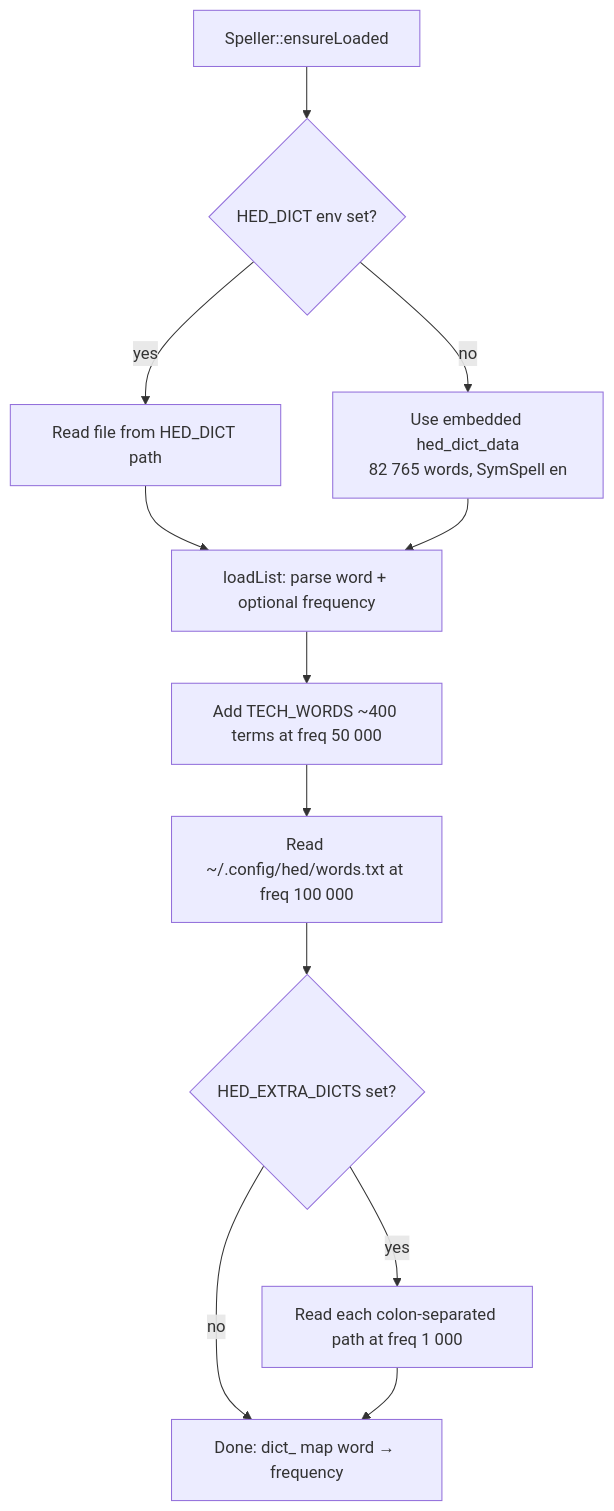
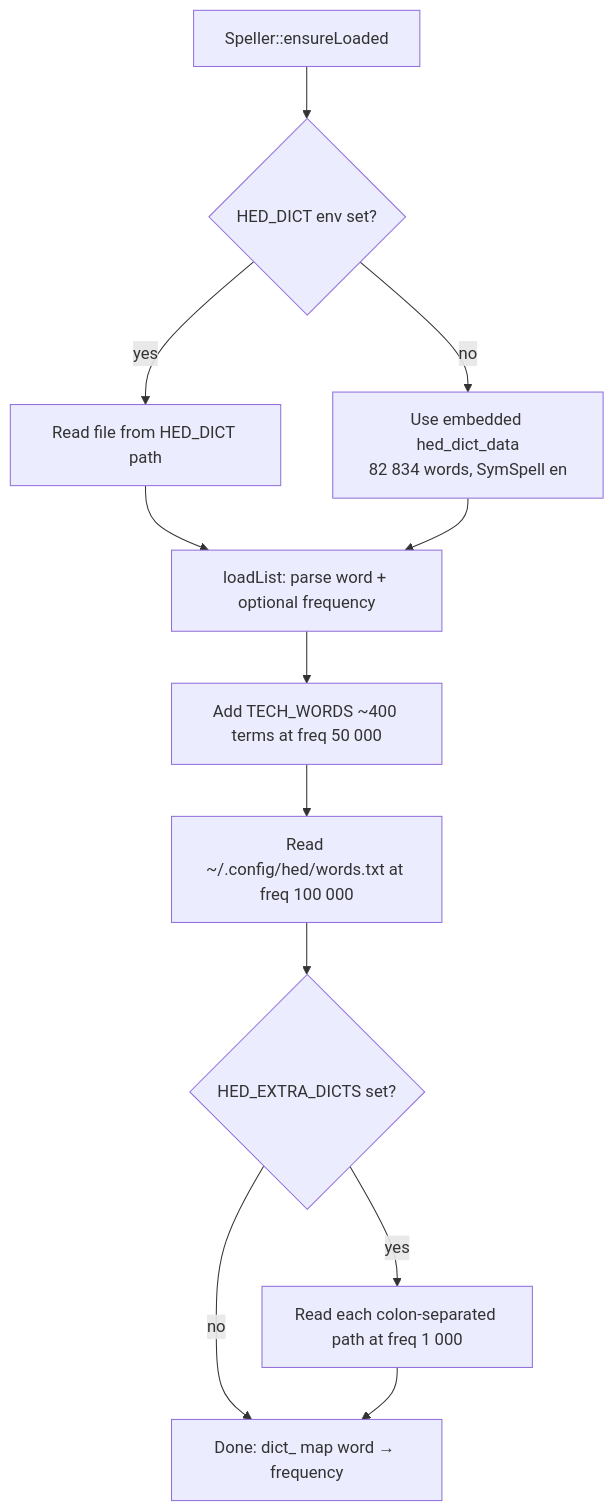
One commit to rahlquist/hed changed the ninth of 12 diagrams in docs/ARCHITECTURE.md. Above: the diagram before and after it, drawn with Mermaid. The commit also changed other lines of this file and 16 other files, not shown here.

````diff
--- a/docs/ARCHITECTURE.md
+++ b/docs/ARCHITECTURE.md
@@ -386,14 +386,14 @@
 ```mermaid
 flowchart TD
     A[Speller::ensureLoaded] --> B{HED_DICT env set?}
     B -->|yes| C[Read file from HED_DICT path]
-    B -->|no| D[Use embedded hed_dict_data<br/>82 765 words, SymSpell en]
+    B -->|no| D[Use embedded hed_dict_data<br/>82 834 words, SymSpell en]
     C --> E[loadList: parse word + optional frequency]
     D --> E
     E --> F[Add TECH_WORDS ~400 terms at freq 50 000]
     F --> G[Read ~/.config/hed/words.txt at freq 100 000]
     G --> H{HED_EXTRA_DICTS set?}
     H -->|yes| I[Read each colon-separated path at freq 1 000]
     H -->|no| J[Done: dict_ map word → frequency]
     I --> J
 ```
````
